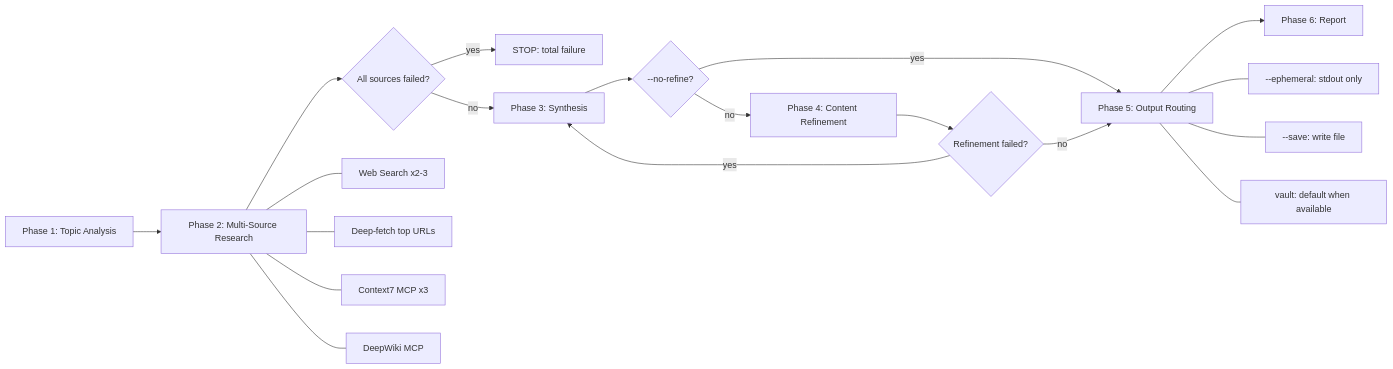
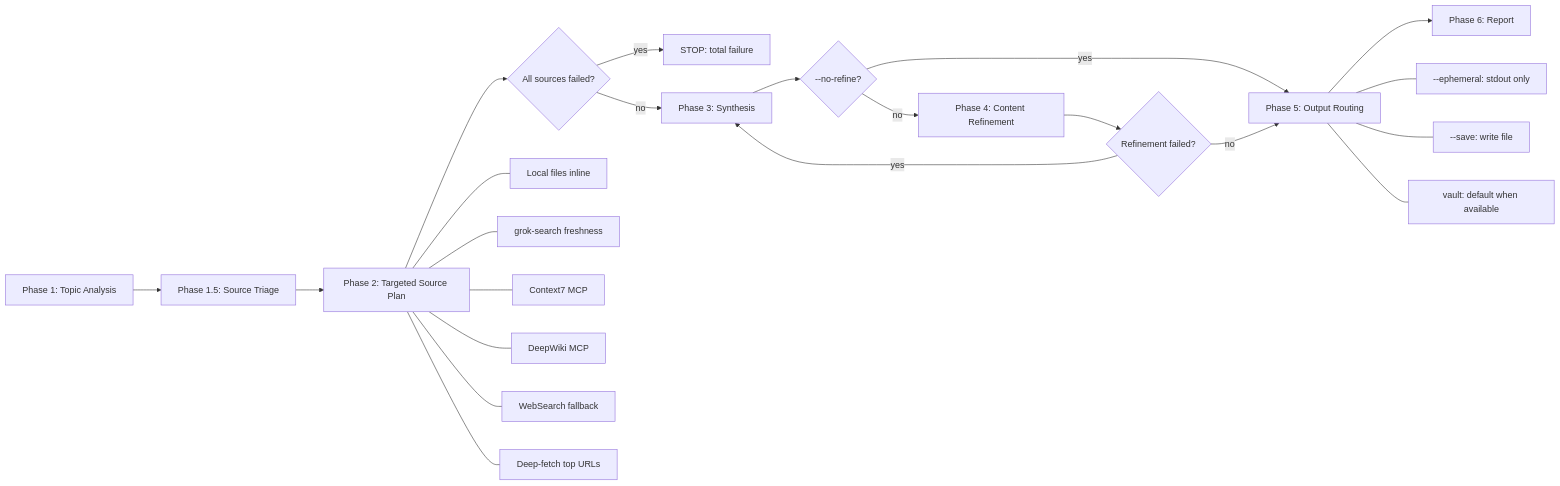
One commit to karlorz/agent-skills changed the diagram in skills/deep-research/SKILL.md. Above: the diagram before and after it, drawn with Mermaid. The commit also changed other lines of this file and 7 other files, not shown here.

Commit message:
feat: add deep-research freshness triage

````diff
--- a/skills/deep-research/SKILL.md
+++ b/skills/deep-research/SKILL.md
@@ -12,23 +12,26 @@
 ```mermaid
 flowchart LR
-    A[Phase 1: Topic Analysis] --> B[Phase 2: Multi-Source Research]
+    A[Phase 1: Topic Analysis] --> T[Phase 1.5: Source Triage]
+    T --> B[Phase 2: Targeted Source Plan]
     B --> C{All sources failed?}
     C -- yes --> STOP[STOP: total failure]
     C -- no --> D[Phase 3: Synthesis]
     D --> E{--no-refine?}
     E -- yes --> F[Phase 5: Output Routing]
     E -- no --> G[Phase 4: Content Refinement]
     G --> FAIL{Refinement failed?}
     FAIL -- yes --> D
     FAIL -- no --> F
     F --> H[Phase 6: Report]
 
-    B --- B1[Web Search x2-3]
-    B --- B2[Deep-fetch top URLs]
-    B --- B3[Context7 MCP x3]
+    B --- B1[Local files inline]
+    B --- B2[grok-search freshness]
+    B --- B3[Context7 MCP]
     B --- B4[DeepWiki MCP]
+    B --- B5[WebSearch fallback]
+    B --- B6[Deep-fetch top URLs]
 
     F --- F1[--ephemeral: stdout only]
     F --- F2[--save: write file]
     F --- F3[vault: default when available]
 ```
````
